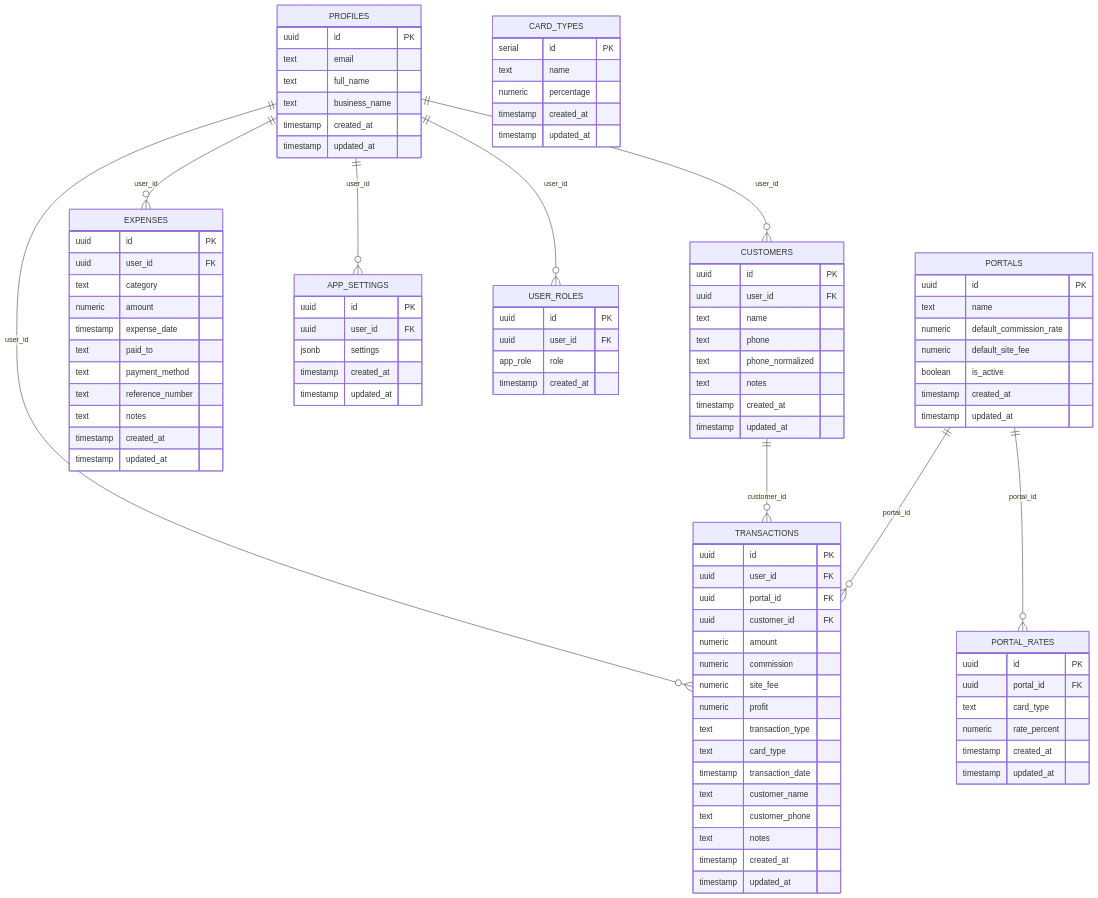
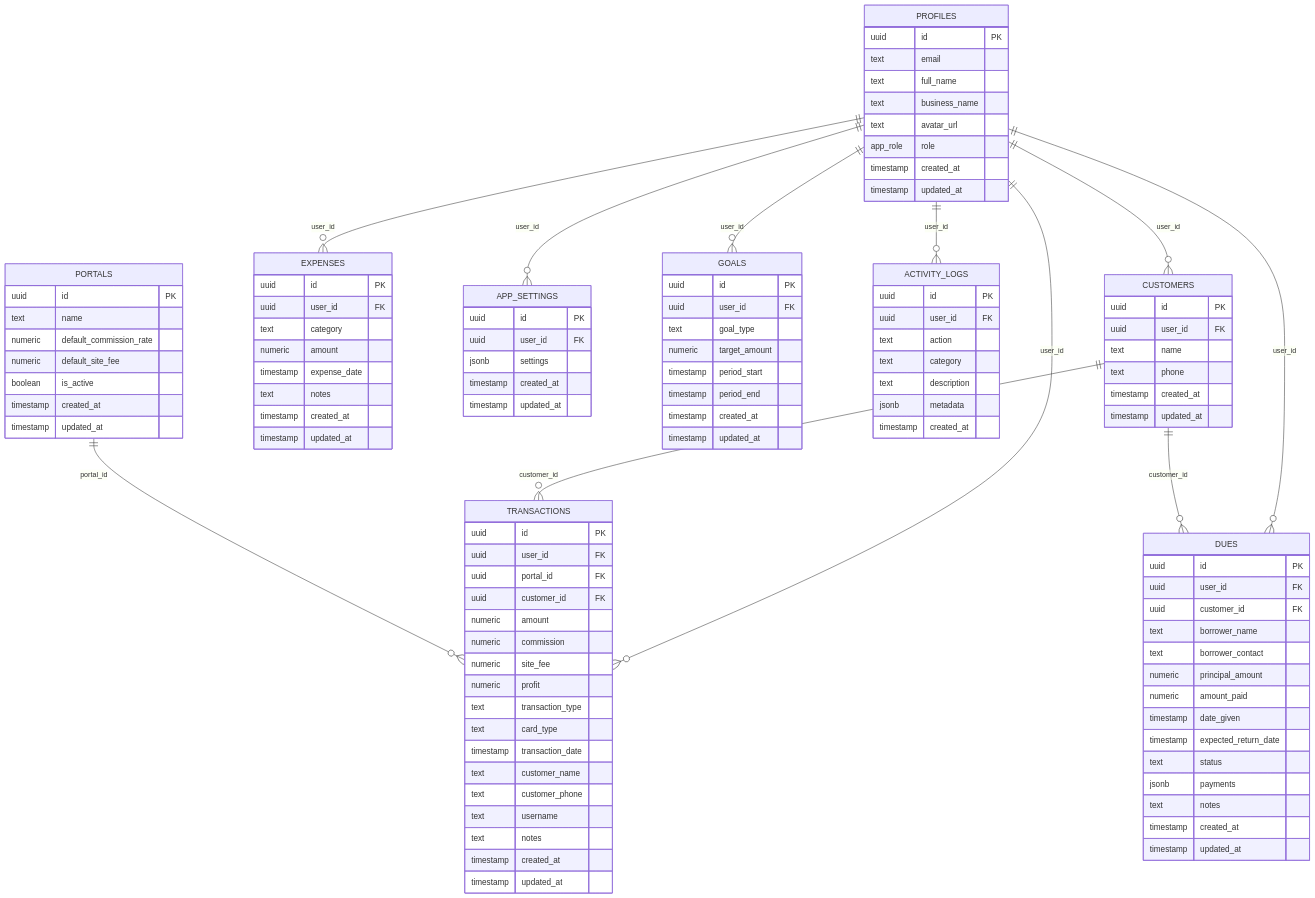
The diagram in docs/DATABASE_SCHEMA.md (srimanthadep/Payment-Track), drawn with Mermaid before and after one commit. The commit also changed other lines of this file and 27 other files, not shown here.

Commit message:
feat(db,ui): consolidate user_roles into profiles, drop unused columns, and optimize schema

````diff
--- a/docs/DATABASE_SCHEMA.md
+++ b/docs/DATABASE_SCHEMA.md
@@ -12,17 +12,21 @@
     PROFILES ||--o{ TRANSACTIONS : "user_id"
     PROFILES ||--o{ EXPENSES : "user_id"
     PROFILES ||--o{ APP_SETTINGS : "user_id"
-    PROFILES ||--o{ USER_ROLES : "user_id"
+    PROFILES ||--o{ DUES : "user_id"
+    PROFILES ||--o{ GOALS : "user_id"
+    PROFILES ||--o{ ACTIVITY_LOGS : "user_id"
     
     CUSTOMERS ||--o{ TRANSACTIONS : "customer_id"
+    CUSTOMERS ||--o{ DUES : "customer_id"
     PORTALS ||--o{ TRANSACTIONS : "portal_id"
-    PORTALS ||--o{ PORTAL_RATES : "portal_id"
 
     PROFILES {
         uuid id PK
         text email
         text full_name
         text business_name
+        text avatar_url
+        app_role role
         timestamp created_at
         timestamp updated_at
     }
@@ -32,8 +36,6 @@
         uuid user_id FK
         text name
         text phone
-        text phone_normalized
-        text notes
         timestamp created_at
         timestamp updated_at
     }
@@ -52,6 +54,7 @@
         timestamp transaction_date
         text customer_name
         text customer_phone
+        text username
         text notes
         timestamp created_at
         timestamp updated_at
@@ -63,12 +66,47 @@
         text category
         numeric amount
         timestamp expense_date
-        text paid_to
-        text payment_method
-        text reference_number
         text notes
         timestamp created_at
         timestamp updated_at
+    }
+
+    DUES {
+        uuid id PK
+        uuid user_id FK
+        uuid customer_id FK
+        text borrower_name
+        text borrower_contact
+        numeric principal_amount
+        numeric amount_paid
+        timestamp date_given
+        timestamp expected_return_date
+        text status
+        jsonb payments
+        text notes
+        timestamp created_at
+        timestamp updated_at
+    }
+
+    GOALS {
+        uuid id PK
+        uuid user_id FK
+        text goal_type
+        numeric target_amount
+        timestamp period_start
+        timestamp period_end
+        timestamp created_at
+        timestamp updated_at
+    }
+
+    ACTIVITY_LOGS {
+        uuid id PK
+        uuid user_id FK
+        text action
+        text category
+        text description
+        jsonb metadata
+        timestamp created_at
     }
 
     PORTALS {
@@ -81,22 +119,6 @@
         timestamp updated_at
     }
 
-    PORTAL_RATES {
-        uuid id PK
-        uuid portal_id FK
-        text card_type
-        numeric rate_percent
-        timestamp created_at
-        timestamp updated_at
-    }
-
-    USER_ROLES {
-        uuid id PK
-        uuid user_id FK
-        app_role role
-        timestamp created_at
-    }
-
     APP_SETTINGS {
         uuid id PK
         uuid user_id FK
@@ -104,12 +126,4 @@
         timestamp created_at
         timestamp updated_at
     }
-
-    CARD_TYPES {
-        serial id PK
-        text name
-        numeric percentage
-        timestamp created_at
-        timestamp updated_at
-    }
 ```
````
